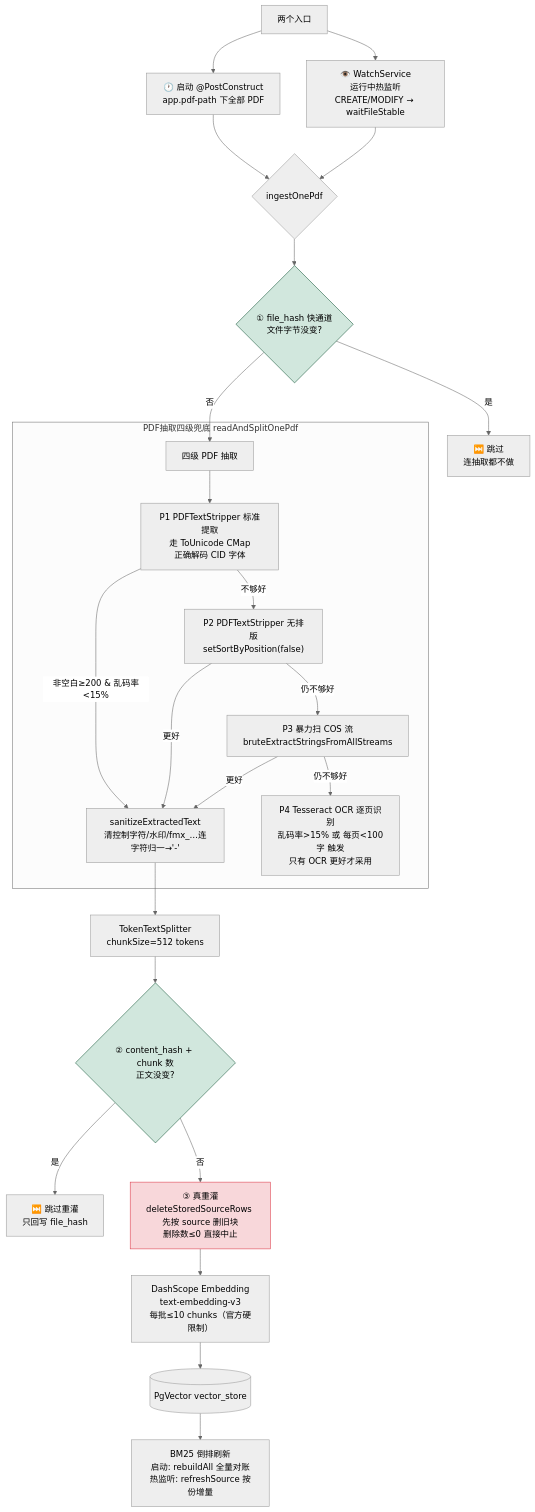
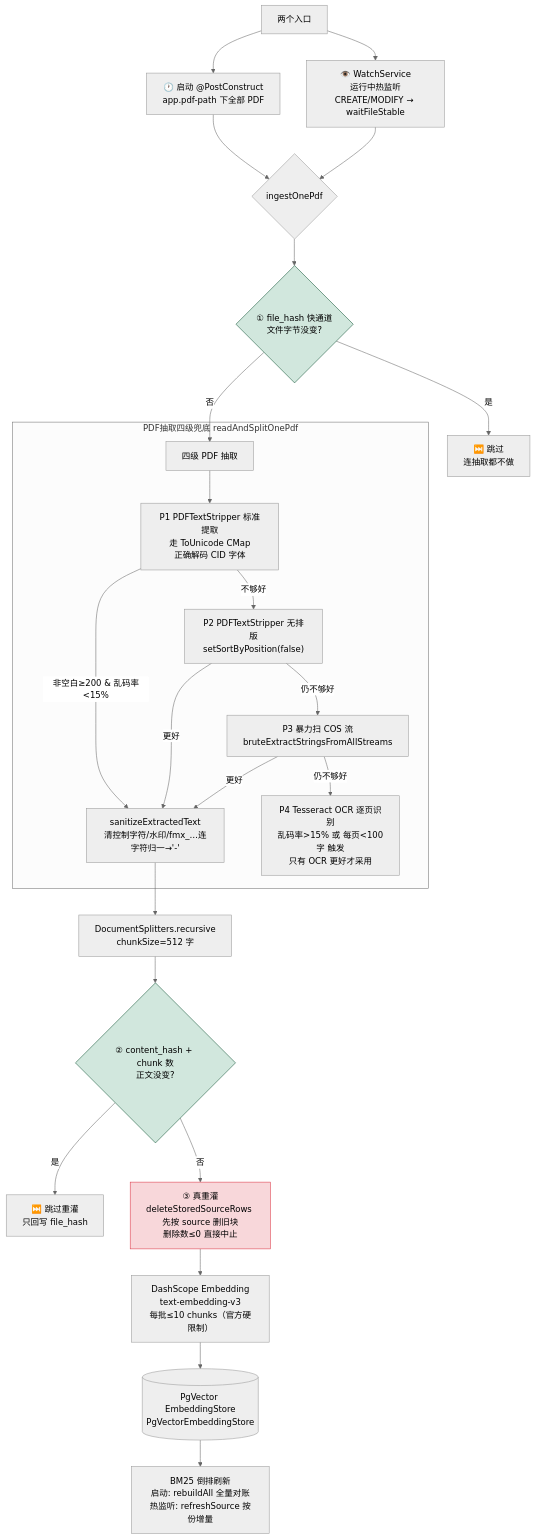
The third of 3 diagrams in README.md (zhenjb513/medical-rag), drawn with Mermaid (neutral theme) before and after one commit. The commit also changed other lines of this file, not shown here.

````diff
--- a/README.md
+++ b/README.md
@@ -357,40 +362,40 @@
 ```mermaid
 flowchart TD
     A["两个入口"] --> A1["🕐 启动 @PostConstruct<br>app.pdf-path 下全部 PDF"]
     A --> A2["👁️ WatchService<br>运行中热监听<br>CREATE/MODIFY → waitFileStable"]
 
     A1 --> B{"ingestOnePdf"}
     A2 --> B
 
     B --> C{"① file_hash 快通道<br>文件字节没变?"}
     C -->|是| D["⏭️ 跳过<br>连抽取都不做"]
     C -->|否| E["四级 PDF 抽取"]
 
     subgraph "PDF抽取四级兜底 readAndSplitOnePdf"
         E --> E1["P1 PDFTextStripper 标准提取<br>走 ToUnicode CMap<br>正确解码 CID 字体"]
         E1 -->|非空白≥200 & 乱码率<15%| F["sanitizeExtractedText"]
         E1 -->|不够好| E2
         E2["P2 PDFTextStripper 无排版<br>setSortByPosition(false)"]
         E2 -->|更好| F
         E2 -->|仍不够好| E3
         E3["P3 暴力扫 COS 流<br>bruteExtractStringsFromAllStreams"]
         E3 -->|更好| F
         E3 -->|仍不够好| E4
         E4["P4 Tesseract OCR 逐页识别<br>乱码率>15% 或 每页<100字 触发<br>只有 OCR 更好才采用"]
     end
 
     F["sanitizeExtractedText<br>清控制字符/水印/fmx_…连字符归一→'-'"]
 
-    F --> G["TokenTextSplitter<br>chunkSize=512 tokens"]
+    F --> G["DocumentSplitters.recursive<br>chunkSize=512 字"]
     G --> H{"② content_hash + chunk 数<br>正文没变?"}
     H -->|是| I["⏭️ 跳过重灌<br>只回写 file_hash"]
     H -->|否| J["③ 真重灌<br>deleteStoredSourceRows 先按 source 删旧块<br>删除数≤0 直接中止"]
 
     J --> K["DashScope Embedding<br>text-embedding-v3<br>每批≤10 chunks（官方硬限制）"]
-    K --> L[("PgVector vector_store")]
+    K --> L[("PgVector EmbeddingStore<br>PgVectorEmbeddingStore")]
     L --> M["BM25 倒排刷新<br>启动: rebuildAll 全量对账<br>热监听: refreshSource 按份增量"]
 
     style C fill:#d1e7dd,stroke:#0f5132
     style H fill:#d1e7dd,stroke:#0f5132
     style J fill:#f8d7da,stroke:#dc3545
 ```
````
